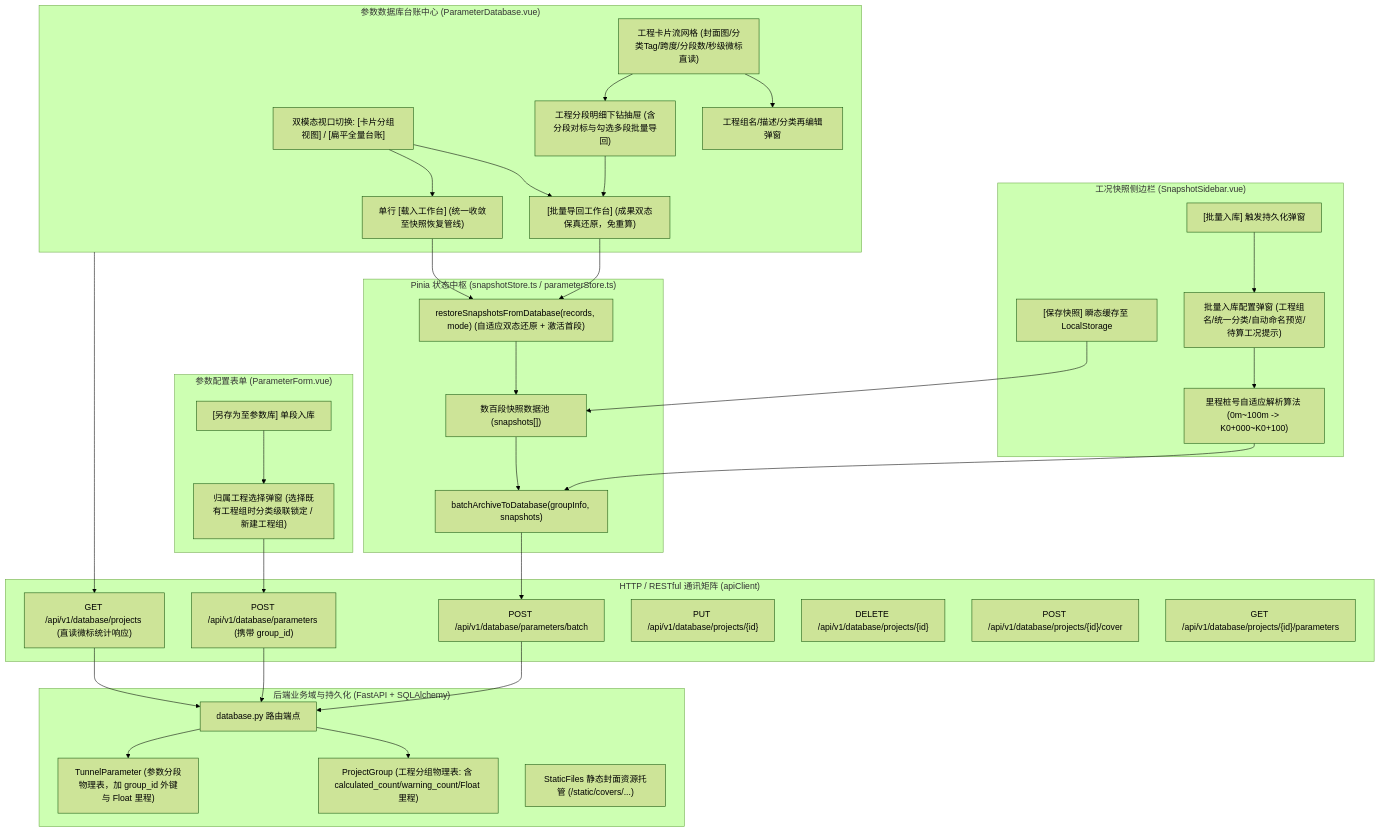
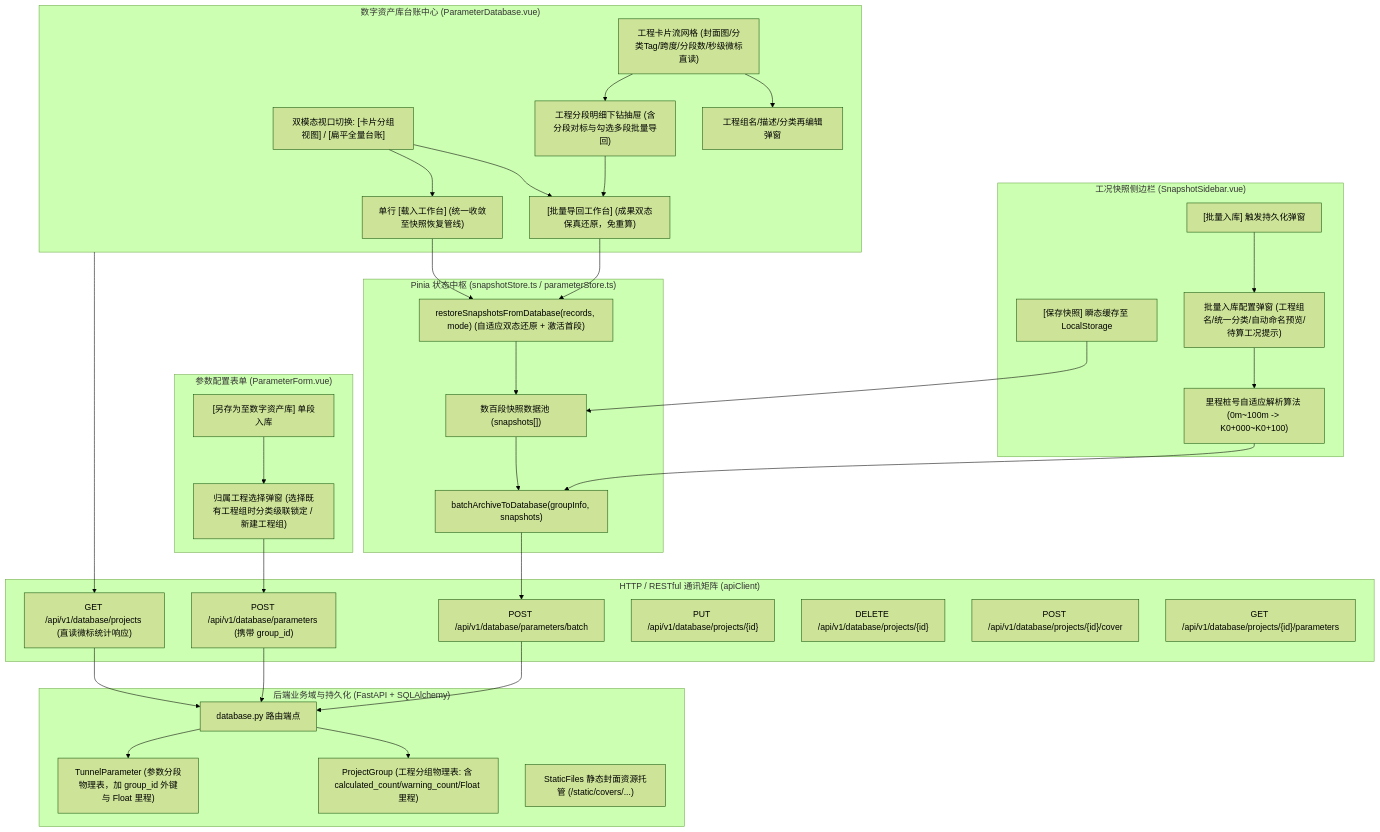
One commit to TREYWANGCQU/on-a-Drainage-Adaptive-Platform changed the diagram in docs/stages/stage4-3d-visual/topics/阶段4-专题-快照批量入库与参数工程分组卡片化架构方案.md. Above: the diagram before and after it, drawn with Mermaid (forest theme). The commit also changed other lines of this file and 28 other files, not shown here.

````diff
--- a/docs/stages/stage4-3d-visual/topics/阶段4-专题-快照批量入库与参数工程分组卡片化架构方案.md
+++ b/docs/stages/stage4-3d-visual/topics/阶段4-专题-快照批量入库与参数工程分组卡片化架构方案.md
@@ -92,72 +92,72 @@
 ```mermaid
 graph TD
     subgraph View_Sidebar ["工况快照侧边栏 (SnapshotSidebar.vue)"]
         SnapLocalBtn["[保存快照] 瞬态缓存至 LocalStorage"]
         BatchBtn["[批量入库] 触发持久化弹窗"]
         SaveModal["批量入库配置弹窗 (工程组名/统一分类/自动命名预览/待算工况提示)"]
         NameEngine["里程桩号自适应解析算法 (0m~100m -> K0+000~K0+100)"]
     end
 
     subgraph View_ParamForm ["参数配置表单 (ParameterForm.vue)"]
-        FormSaveBtn["[另存为至参数库] 单段入库"]
+        FormSaveBtn["[另存为至数字资产库] 单段入库"]
         FormSaveModal["归属工程选择弹窗 (选择既有工程组时分类级联锁定 / 新建工程组)"]
     end
 
     subgraph Store_Frontend ["Pinia 状态中枢 (snapshotStore.ts / parameterStore.ts)"]
         SnapPool["数百段快照数据池 (snapshots[])"]
         BatchSaveAction["batchArchiveToDatabase(groupInfo, snapshots)"]
         RestoreAction["restoreSnapshotsFromDatabase(records, mode) (自适应双态还原 + 激活首段)"]
     end
 
     subgraph API_Layer ["HTTP / RESTful 通讯矩阵 (apiClient)"]
         PostBatch["POST /api/v1/database/parameters/batch"]
         PostSingle["POST /api/v1/database/parameters (携带 group_id)"]
         GetGroups["GET /api/v1/database/projects (直读微标统计响应)"]
         PutGroup["PUT /api/v1/database/projects/{id}"]
         DeleteGroup["DELETE /api/v1/database/projects/{id}"]
         UploadCover["POST /api/v1/database/projects/{id}/cover"]
         GetGroupDetails["GET /api/v1/database/projects/{id}/parameters"]
     end
 
     subgraph Backend_Domain ["后端业务域与持久化 (FastAPI + SQLAlchemy)"]
         RouterDB["database.py 路由端点"]
         ModelGroup["ProjectGroup (工程分组物理表: 含 calculated_count/warning_count/Float 里程)"]
         ModelParam["TunnelParameter (参数分段物理表，加 group_id 外键与 Float 里程)"]
         StaticServer["StaticFiles 静态封面资源托管 (/static/covers/...)"]
     end
 
-    subgraph View_Database ["参数数据库台账中心 (ParameterDatabase.vue)"]
+    subgraph View_Database ["数字资产库台账中心 (ParameterDatabase.vue)"]
         ViewSwitch["双模态视口切换: [卡片分组视图] / [扁平全量台账]"]
         CardGrid["工程卡片流网格 (封面图/分类Tag/跨度/分段数/秒级微标直读)"]
         EditGroupModal["工程组名/描述/分类再编辑弹窗"]
         DrillDrawer["工程分段明细下钻抽屉 (含分段对标与勾选多段批量导回)"]
         BatchRestoreBtn["[批量导回工作台] (成果双态保真还原，免重算)"]
         SingleLoadBtn["单行 [载入工作台] (统一收敛至快照恢复管线)"]
     end
 
     SnapLocalBtn --> SnapPool
     BatchBtn --> SaveModal
     SaveModal --> NameEngine
     NameEngine --> BatchSaveAction
     SnapPool --> BatchSaveAction
     BatchSaveAction --> PostBatch
 
     FormSaveBtn --> FormSaveModal
     FormSaveModal --> PostSingle
 
     PostBatch --> RouterDB
     PostSingle --> RouterDB
     RouterDB --> ModelGroup
     RouterDB --> ModelParam
 
     View_Database --> GetGroups
     GetGroups --> RouterDB
     CardGrid --> EditGroupModal
     CardGrid --> DrillDrawer
     DrillDrawer --> BatchRestoreBtn
     ViewSwitch --> BatchRestoreBtn
     ViewSwitch --> SingleLoadBtn
     SingleLoadBtn --> RestoreAction
     BatchRestoreBtn --> RestoreAction
     RestoreAction --> SnapPool
 ```
````
